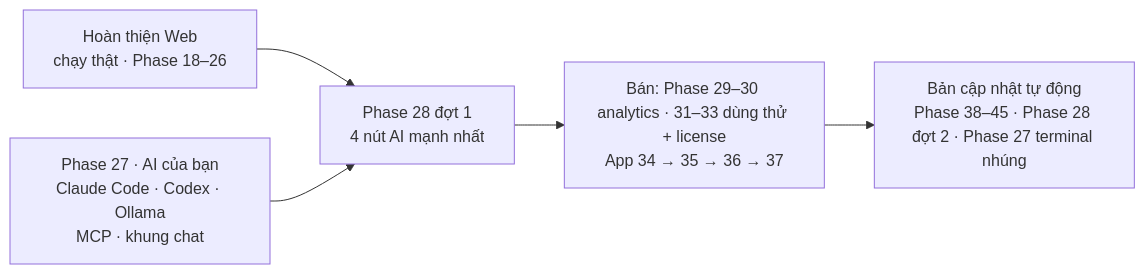
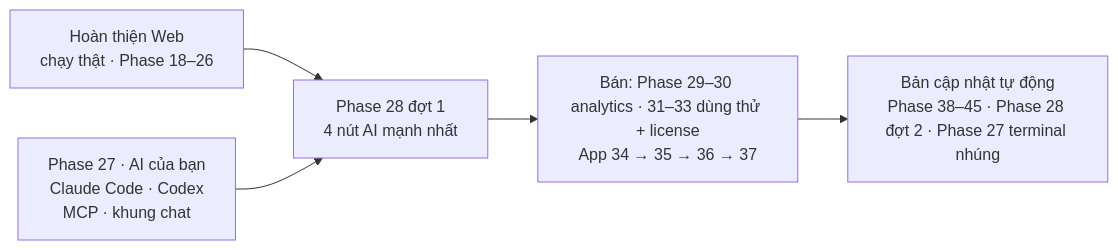
One commit to nvminhtu/niche-radar-docs changed the diagram in docs/app/plan-ban-app.md. Above: the diagram before and after it, drawn with Mermaid. The commit also changed other lines of this file and 26 other files, not shown here.

Commit message:
docs: sync — bỏ Ollama khỏi mọi plan + Phase 29/30 bản gọn (Privacy live trên shotmatic.app)

````diff
--- a/docs/app/plan-ban-app.md
+++ b/docs/app/plan-ban-app.md
@@ -17,7 +17,7 @@
 ```mermaid
 flowchart LR
   HW[Hoàn thiện Web<br/>chạy thật · Phase 18–26] --> P28
-  P27[Phase 27 · AI của bạn<br/>Claude Code · Codex · Ollama<br/>MCP · khung chat] --> P28[Phase 28 đợt 1<br/>4 nút AI mạnh nhất]
+  P27[Phase 27 · AI của bạn<br/>Claude Code · Codex<br/>MCP · khung chat] --> P28[Phase 28 đợt 1<br/>4 nút AI mạnh nhất]
   P28 --> SELL[Bán: Phase 29–30 analytics · 31–33 dùng thử + license<br/>App 34 → 35 → 36 → 37]
   SELL --> UPD[Bản cập nhật tự động<br/>Phase 38–45 · Phase 28 đợt 2 · Phase 27 terminal nhúng]
 ```
````
